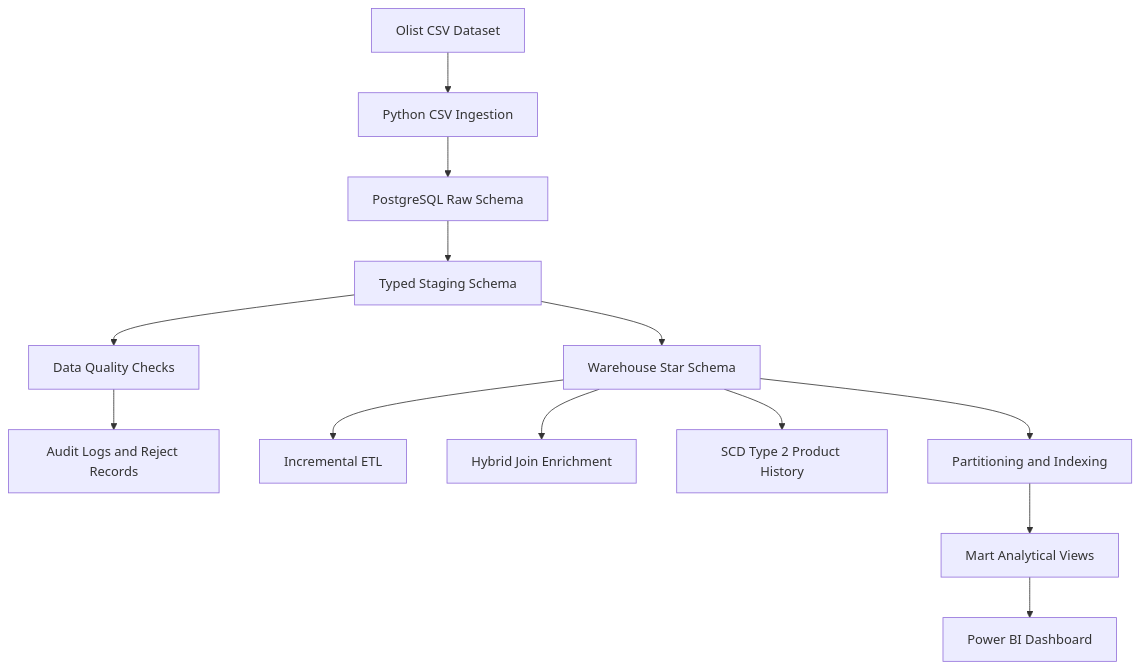
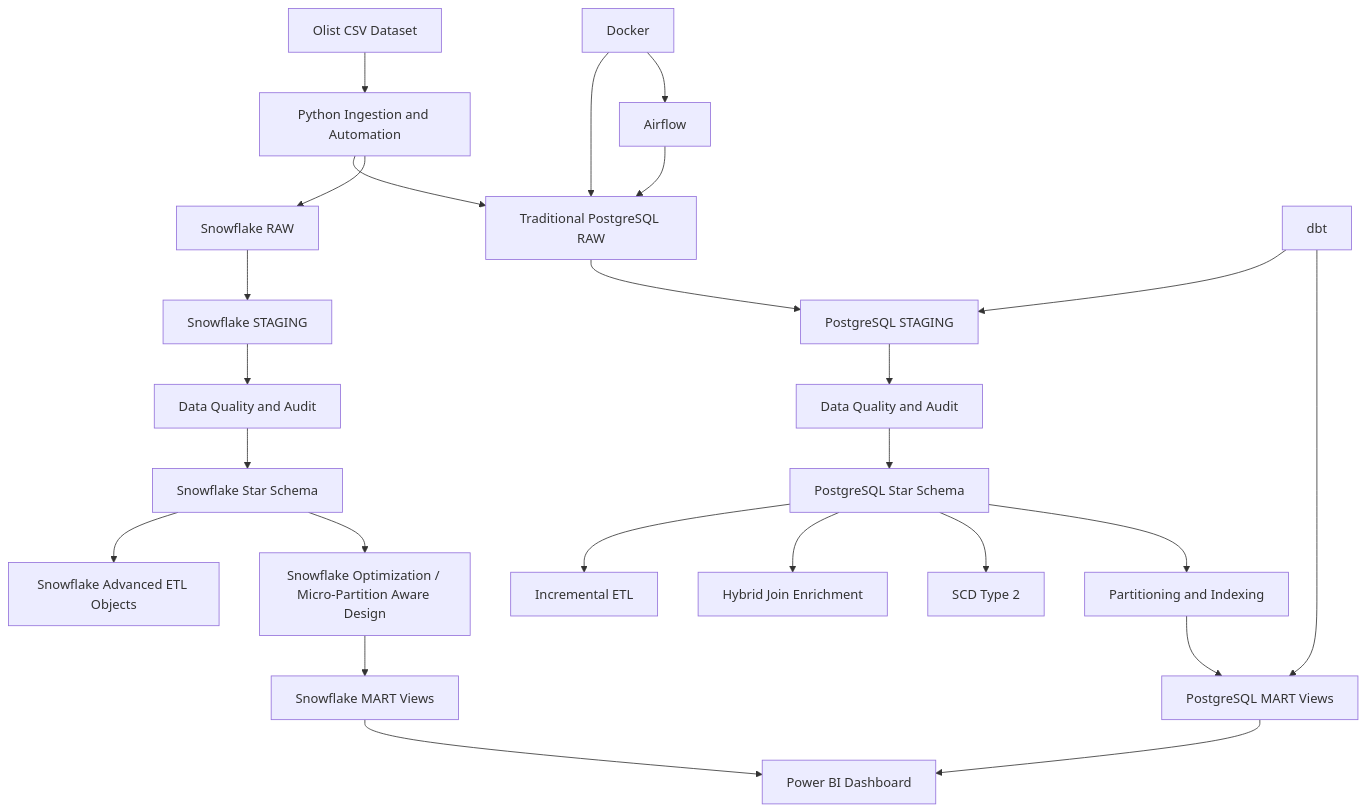
The diagram in README.md (Ahtezazahsan/ecommerce-data-engineering-pipeline), drawn with Mermaid before and after one commit. The commit also changed other lines of this file, not shown here.

````diff
--- a/README.md
+++ b/README.md
@@ -100,15 +248,37 @@
 ```mermaid
 flowchart TD
-    A[Olist CSV Dataset] --> B[Python CSV Ingestion]
-    B --> C[PostgreSQL Raw Schema]
-    C --> D[Typed Staging Schema]
-    D --> E[Data Quality Checks]
-    E --> F[Audit Logs and Reject Records]
-    D --> G[Warehouse Star Schema]
-    G --> H[Incremental ETL]
-    G --> I[Hybrid Join Enrichment]
-    G --> J[SCD Type 2 Product History]
-    G --> K[Partitioning and Indexing]
-    K --> L[Mart Analytical Views]
-    L --> M[Power BI Dashboard]
+    A[Olist CSV Dataset] --> B[Python Ingestion and Automation]
+
+    B --> C1[Traditional PostgreSQL RAW]
+    B --> C2[Snowflake RAW]
+
+    C1 --> D1[PostgreSQL STAGING]
+    C2 --> D2[Snowflake STAGING]
+
+    D1 --> E1[Data Quality and Audit]
+    D2 --> E2[Data Quality and Audit]
+
+    E1 --> F1[PostgreSQL Star Schema]
+    E2 --> F2[Snowflake Star Schema]
+
+    F1 --> G1[Incremental ETL]
+    F1 --> G2[Hybrid Join Enrichment]
+    F1 --> G3[SCD Type 2]
+    F1 --> G4[Partitioning and Indexing]
+
+    F2 --> H1[Snowflake Advanced ETL Objects]
+    F2 --> H2[Snowflake Optimization / Micro-Partition Aware Design]
+
+    G4 --> I1[PostgreSQL MART Views]
+    H2 --> I2[Snowflake MART Views]
+
+    I1 --> J[Power BI Dashboard]
+    I2 --> J
+
+    K[Docker] --> C1
+    K --> L[Airflow]
+    L --> C1
+
+    M[dbt] --> D1
+    M --> I1
 ```
````
